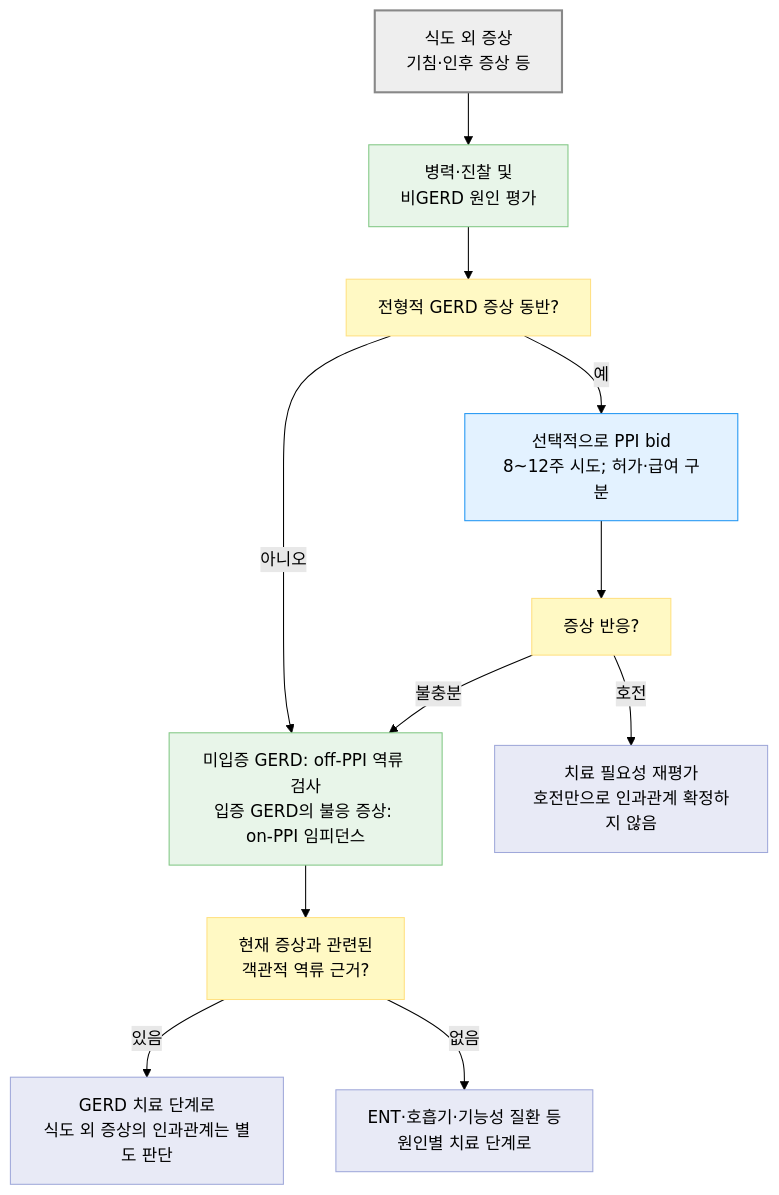
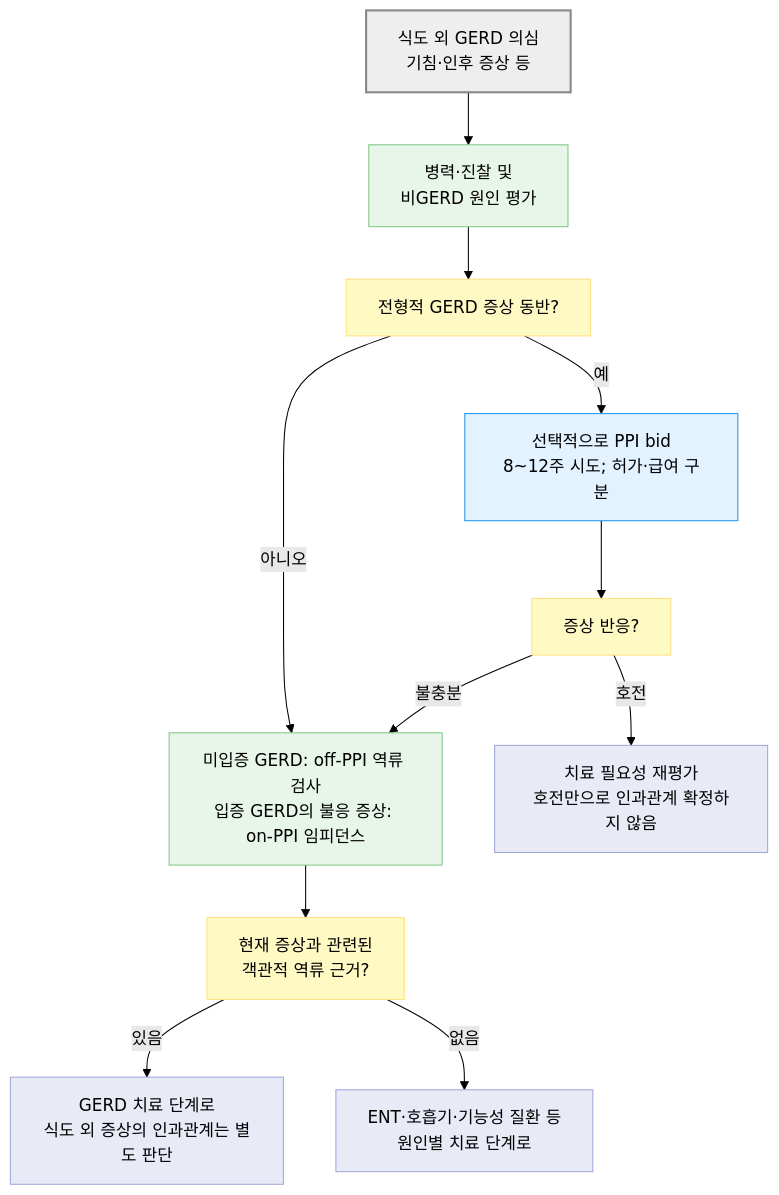
The second of 5 diagrams in 224_/081_-gerd.md (familyoh77/familyoh77), drawn with Mermaid (forest theme) before and after one commit. The commit also changed other lines of this file, not shown here.

````diff
--- a/224_/081_-gerd.md
+++ b/224_/081_-gerd.md
@@ -231,24 +242,24 @@
 ```mermaid
 flowchart TD
-    A["식도 외 증상<br/>기침·인후 증상 등"] --> H["병력·진찰 및<br/>비GERD 원인 평가"]
+    A["식도 외 GERD 의심<br/>기침·인후 증상 등"] --> H["병력·진찰 및<br/>비GERD 원인 평가"]
     H --> T["전형적 GERD 증상 동반?"]
     T -- "예" --> P["선택적으로 PPI bid<br/>8~12주 시도; 허가·급여 구분"]
     T -- "아니오" --> M["미입증 GERD: off-PPI 역류 검사<br/>입증 GERD의 불응 증상: on-PPI 임피던스"]
     P --> R["증상 반응?"]
     R -- "호전" --> G["치료 필요성 재평가<br/>호전만으로 인과관계 확정하지 않음"]
     R -- "불충분" --> M
     M --> MQ["현재 증상과 관련된<br/>객관적 역류 근거?"]
     MQ -- "있음" --> J["GERD 치료 단계로<br/>식도 외 증상의 인과관계는 별도 판단"]
     MQ -- "없음" --> O["ENT·호흡기·기능성 질환 등<br/>원인별 치료 단계로"]
 
     classDef neutral fill:#eeeeee,stroke:#888888,stroke-width:2px
     classDef question fill:#fff9c4,stroke:#ffe082
     classDef test fill:#e8f5e9,stroke:#81c784
     classDef treatment fill:#e3f2ff,stroke:#2196f3
     classDef next fill:#e8eaf6,stroke:#9fa8da
     class A neutral
     class T,R,MQ question
     class H,M test
     class P treatment
     class G,J,O next
 ```
````
